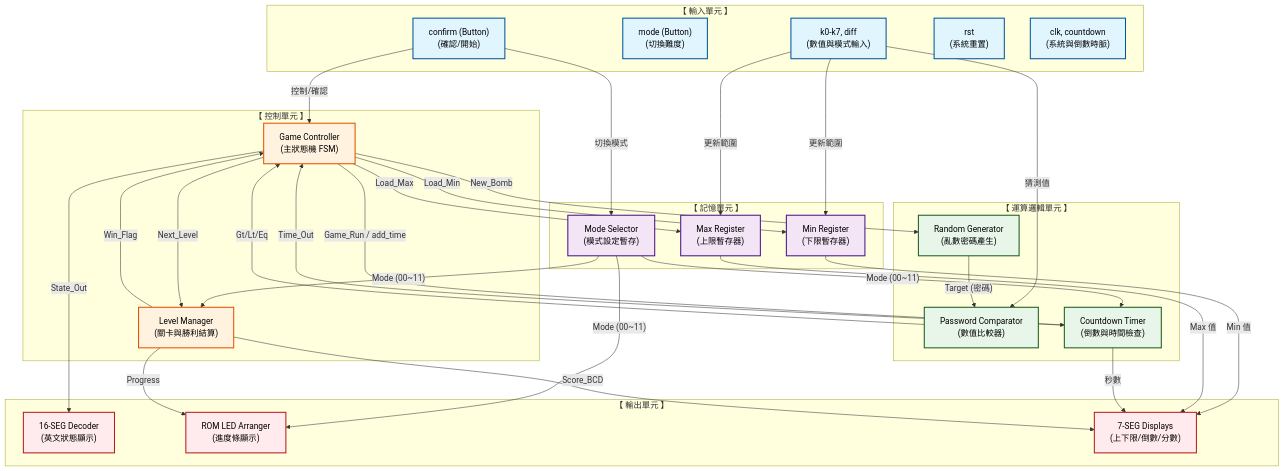
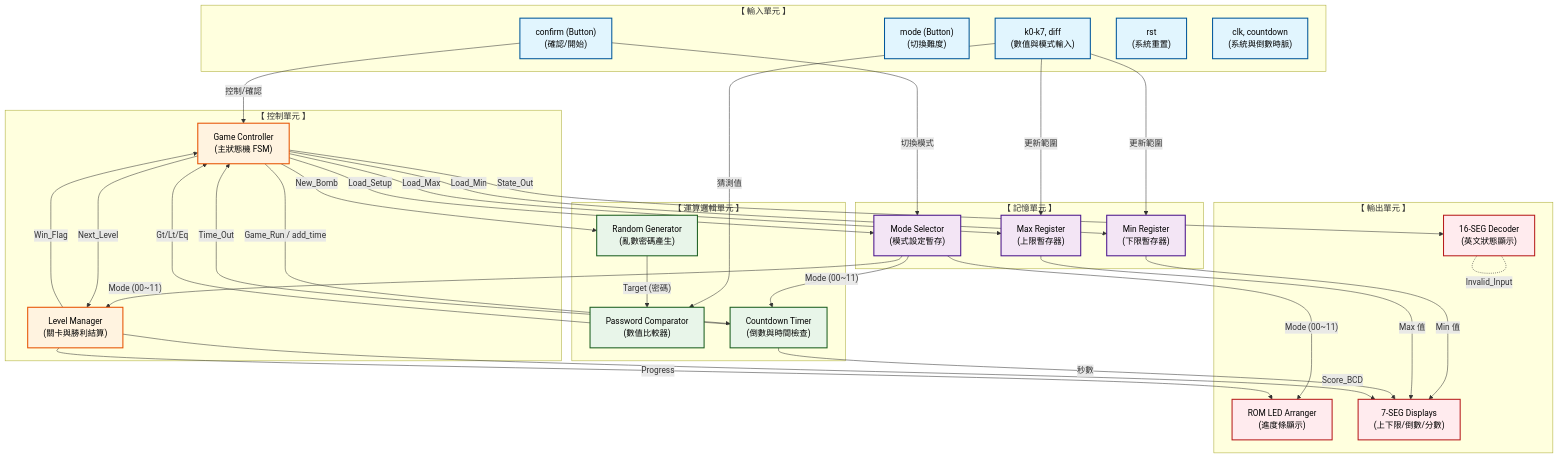
The diagram in Structure.md (Annie04082020/UltimateBomb), drawn with Mermaid before and after one commit. The commit also changed 2 other files, not shown here.

Commit message:
docs: update project circuit diagram and documentation structure

````diff
--- a/Structure.md
+++ b/Structure.md
@@ -6,78 +6,80 @@
 ```mermaid
 graph TD
     %% 定義節點顏色風格 (加上 color:#000000 確保白底/黑底都能清楚看到深色字體)
     classDef input fill:#e1f5fe,stroke:#01579b,stroke-width:2px,color:#000000;
     classDef control fill:#fff3e0,stroke:#e65100,stroke-width:2px,color:#000000;
     classDef memory fill:#f3e5f5,stroke:#4a148c,stroke-width:2px,color:#000000;
     classDef alu fill:#e8f5e9,stroke:#1b5e20,stroke-width:2px,color:#000000;
     classDef output fill:#ffebee,stroke:#b71c1c,stroke-width:2px,color:#000000;
 
     %% 外部輸入
     subgraph Input_Unit ["【 輸入單元 】"]
         I_Confirm["confirm (Button)<br>(確認/開始)"]:::input
         I_Mode["mode (Button)<br>(切換難度)"]:::input
         I_Switch["k0-k7, diff<br>(數值與模式輸入)"]:::input
         I_Ctrl["rst<br>(系統重置)"]:::input
         I_Clk["clk, countdown<br>(系統與倒數時脈)"]:::input
     end
 
     %% 控制單元
     subgraph Control_Unit ["【 控制單元 】"]
         C_FSM["Game Controller<br>(主狀態機 FSM)"]:::control
         C_Level["Level Manager<br>(關卡與勝利結算)"]:::control
     end
 
     %% 記憶單元
     subgraph Memory_Unit ["【 記憶單元 】"]
         M_Mode["Mode Selector<br>(模式設定暫存)"]:::memory
         M_Min["Min Register<br>(下限暫存器)"]:::memory
         M_Max["Max Register<br>(上限暫存器)"]:::memory
     end
 
     %% 運算邏輯單元
     subgraph ALU_Unit ["【 運算邏輯單元 】"]
         A_RNG["Random Generator<br>(亂數密碼產生)"]:::alu
         A_Comp["Password Comparator<br>(數值比較器)"]:::alu
         A_Timer["Countdown Timer<br>(倒數與時間檢查)"]:::alu
     end
 
     %% 輸出單元
     subgraph Output_Unit ["【 輸出單元 】"]
         O_State["16-SEG Decoder<br>(英文狀態顯示)"]:::output
         O_LED["ROM LED Arranger<br>(進度條顯示)"]:::output
         O_7Seg["7-SEG Displays<br>(上下限/倒數/分數)"]:::output
     end
 
     %% ---------------- 接線邏輯 ----------------
 
     %% 輸入 -> 控制與運算
     I_Confirm -->|控制/確認| C_FSM
     I_Confirm -->|切換模式| M_Mode
     I_Switch -->|猜測值| A_Comp
     I_Switch -->|更新範圍| M_Min & M_Max
 
     %% 記憶 <-> 控制與運算
     M_Mode -- "Mode (00~11)" --> C_Level & O_LED & A_Timer
     C_FSM -- "Load_Min" --> M_Min
     C_FSM -- "Load_Max" --> M_Max
+    C_FSM -- "Load_Setup" --> M_Mode
     M_Min -- "Min 值" --> O_7Seg
     M_Max -- "Max 值" --> O_7Seg
 
     %% 運算 <-> 控制
     C_FSM -- "New_Bomb" --> A_RNG
     A_RNG -- "Target (密碼)" --> A_Comp
     A_Comp -- "Gt/Lt/Eq" --> C_FSM
 
     C_FSM -- "Game_Run / add_time" --> A_Timer
     A_Timer -- "Time_Out" --> C_FSM
     A_Timer -- "秒數" --> O_7Seg
 
     %% 控制內部
     C_FSM -- "Next_Level" --> C_Level
     C_Level -- "Win_Flag" --> C_FSM
 
     %% 控制 -> 輸出
     C_FSM -- "State_Out" --> O_State
     C_Level -- "Progress" --> O_LED
     C_Level -- "Score_BCD" --> O_7Seg
+    O_State -. "Invalid_Input" .- O_State
 ```
````
